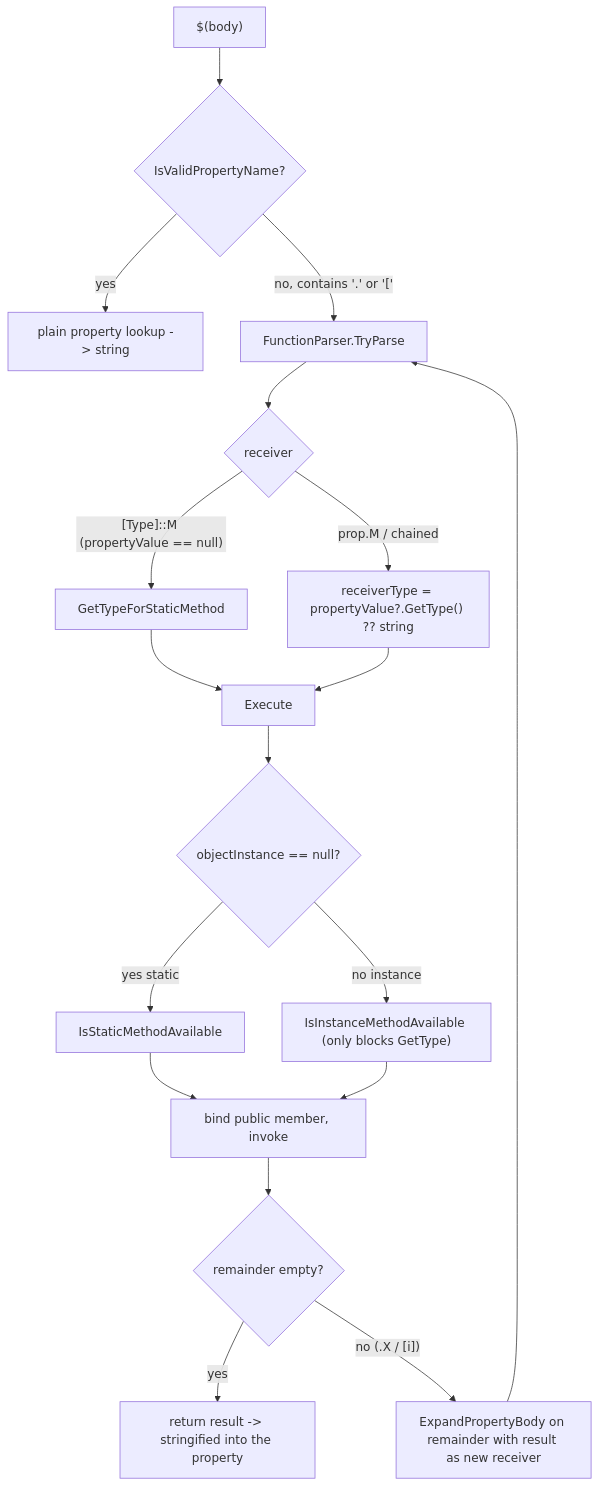
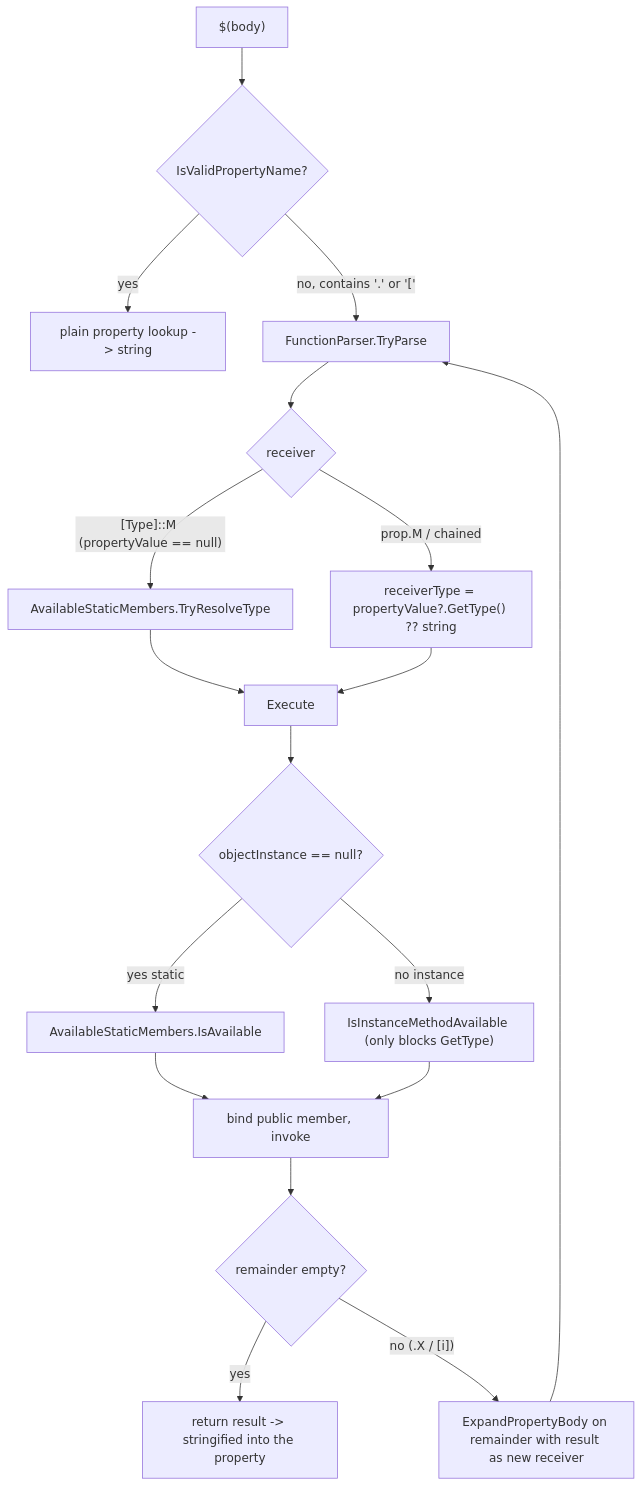
The diagram in documentation/aot/property-functions-reachability.md (DustinCampbell/msbuild), drawn with Mermaid before and after one commit. The commit also changed other lines of this file and 16 other files, not shown here.

First line of the commit message:
Encapsulate available static members

````diff
--- a/documentation/aot/property-functions-reachability.md
+++ b/documentation/aot/property-functions-reachability.md
@@ -72,20 +72,20 @@
 ```mermaid
 flowchart TD
     A["$(body)"] --> B{IsValidPropertyName?}
     B -->|yes| P[plain property lookup -> string]
     B -->|"no, contains '.' or '['"| C[FunctionParser.TryParse]
     C --> D{receiver}
-    D -->|"[Type]::M (propertyValue == null)"| E[GetTypeForStaticMethod]
+    D -->|"[Type]::M (propertyValue == null)"| E[AvailableStaticMembers.TryResolveType]
     D -->|"prop.M / chained"| F["receiverType = propertyValue?.GetType() ?? string"]
     E --> G[Execute]
     F --> G[Execute]
     G --> H{objectInstance == null?}
-    H -->|yes static| I[IsStaticMethodAvailable]
+    H -->|yes static| I[AvailableStaticMembers.IsAvailable]
     H -->|no instance| J["IsInstanceMethodAvailable (only blocks GetType)"]
     I --> K[bind public member, invoke]
     J --> K
     K --> L{remainder empty?}
     L -->|yes| M[return result -> stringified into the property]
     L -->|"no (.X / [i])"| C2[ExpandPropertyBody on remainder with result as new receiver]
     C2 --> C
 ```
````
